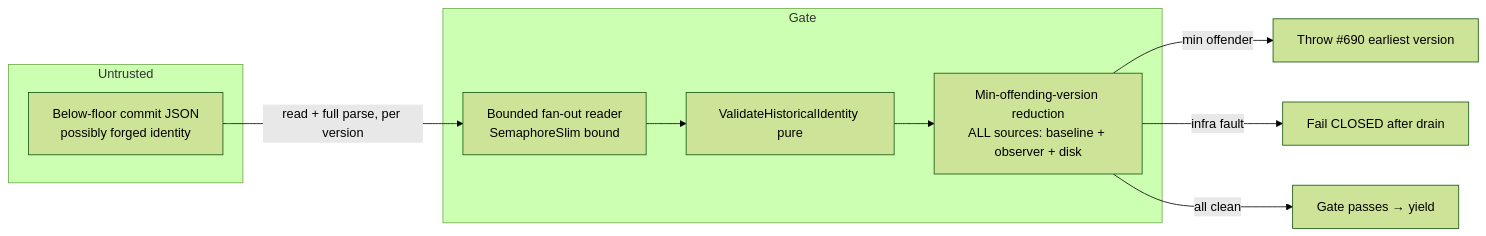
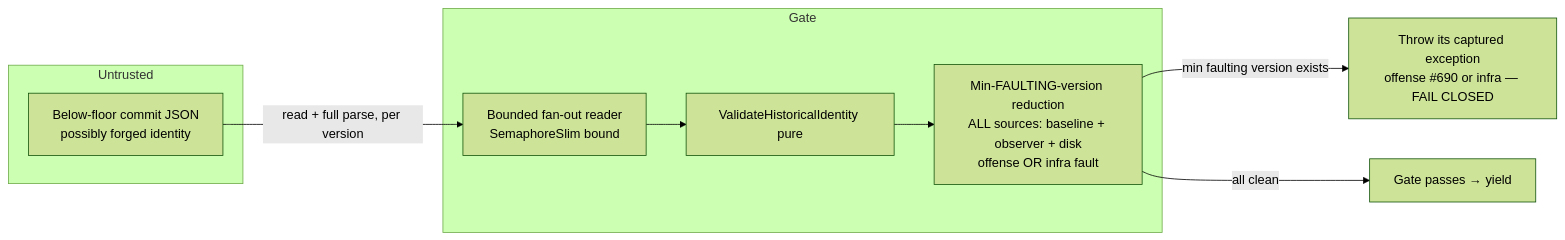
Before and after one commit to khaines/deltasharp: the second of 2 diagrams in docs/engineering/design/cdf-pre-range-scan-bounded-concurrency.md, drawn with Mermaid (forest theme). The commit also changed other lines of this file, not shown here.

````diff
--- a/docs/engineering/design/cdf-pre-range-scan-bounded-concurrency.md
+++ b/docs/engineering/design/cdf-pre-range-scan-bounded-concurrency.md
@@ -416,15 +444,14 @@
 ```mermaid
 graph LR
     subgraph Untrusted
       L[Below-floor commit JSON<br/>possibly forged identity]
     end
     subgraph Gate
       S[Bounded fan-out reader<br/>SemaphoreSlim bound]
       V[ValidateHistoricalIdentity pure]
-      R[Min-offending-version reduction<br/>ALL sources: baseline + observer + disk]
+      R[Min-FAULTING-version reduction<br/>ALL sources: baseline + observer + disk<br/>offense OR infra fault]
     end
     L -->|read + full parse, per version| S --> V --> R
-    R -->|min offender| X[Throw #690 earliest version]
-    R -->|infra fault| Y[Fail CLOSED after drain]
+    R -->|min faulting version exists| X[Throw its captured exception<br/>offense #690 or infra — FAIL CLOSED]
     R -->|all clean| P[Gate passes → yield]
 ```
````
